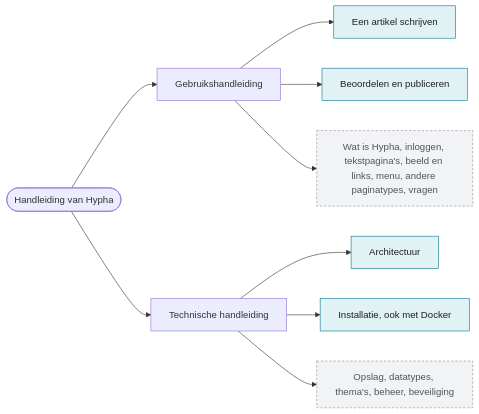
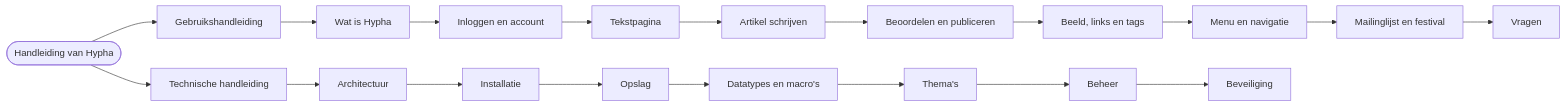
One commit to guidol-ive/hypha changed the diagram in docs/handleiding/index.md. Above: the diagram before and after it, drawn with Mermaid. The commit also changed other lines of this file and 21 other files, not shown here.

````diff
--- a/docs/handleiding/index.md
+++ b/docs/handleiding/index.md
@@ -26,15 +26,9 @@
 ```mermaid
 flowchart LR
     start([Handleiding van Hypha]) --> gebruik[Gebruikshandleiding]
     start --> techniek[Technische handleiding]
-    gebruik --> g4[Een artikel schrijven]
-    gebruik --> g5[Beoordelen en publiceren]
-    gebruik --> gv[Wat is Hypha, inloggen, tekstpagina's, beeld en links, menu, andere paginatypes, vragen]
-    techniek --> t1[Architectuur]
-    techniek --> t2[Installatie, ook met Docker]
-    techniek --> tv[Opslag, datatypes, thema's, beheer, beveiliging]
-    classDef klaar fill:#E1F2F5,stroke:#007A8F,color:#1d2021
-    classDef volgt fill:#F2F3F4,stroke:#8A9096,color:#505458,stroke-dasharray: 4 3
-    class g4,g5,t1,t2 klaar
-    class gv,tv volgt
+    gebruik --> g1[Wat is Hypha] --> g2[Inloggen en account] --> g3[Tekstpagina] --> g4[Artikel schrijven] --> g5[Beoordelen en publiceren]
+    g5 --> g6[Beeld, links en tags] --> g7[Menu en navigatie] --> g8[Mailinglijst en festival] --> g9[Vragen]
+    techniek --> t1[Architectuur] --> t2[Installatie] --> t3[Opslag] --> t4[Datatypes en macro's]
+    t4 --> t5[Thema's] --> t6[Beheer] --> t7[Beveiliging]
 ```
````
